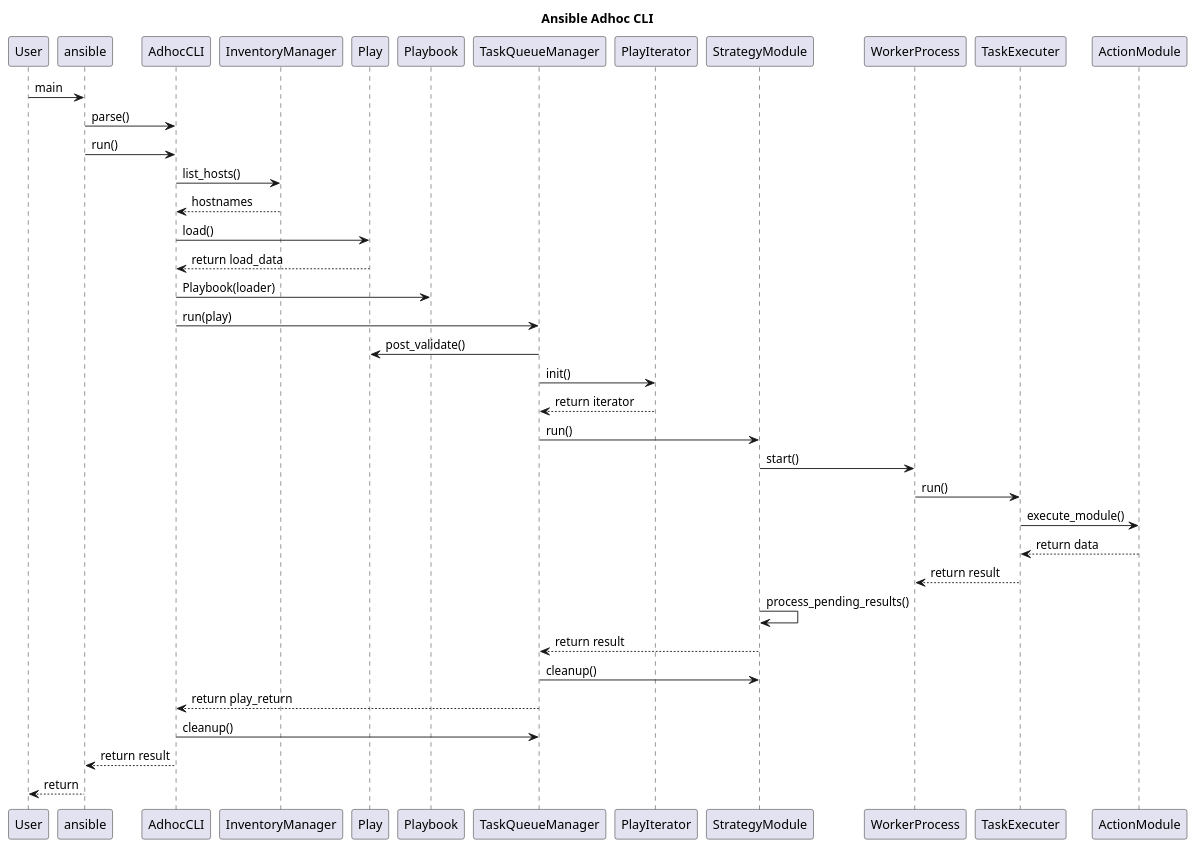
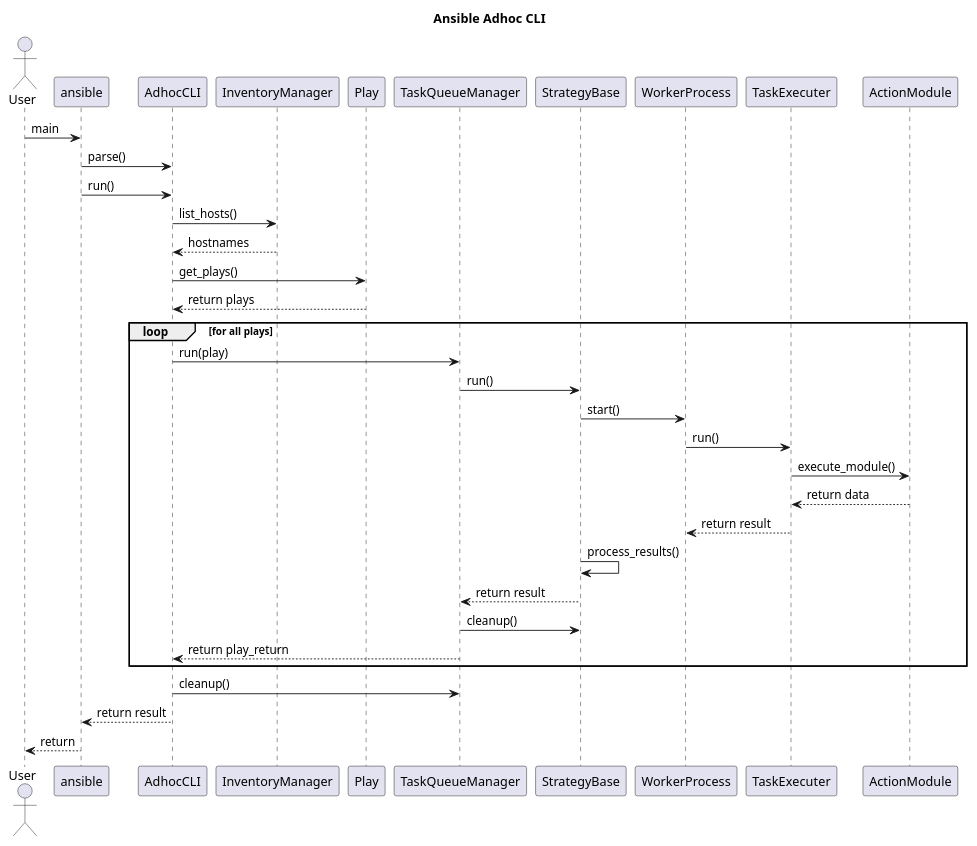
Before and after one commit to ezequiels/nazz: the diagram in project/uml/SequenceDiagram/AdhocCLI.puml, drawn with PlantUML. The commit also changed 3 other files, not shown here.

Commit message:
Updated sequence diagram

```diff
--- a/project/uml/SequenceDiagram/AdhocCLI.puml
+++ b/project/uml/SequenceDiagram/AdhocCLI.puml
@@ -1,31 +1,30 @@
 @startuml
 
 title Ansible Adhoc CLI
+actor User
 User->ansible: main
 ansible->AdhocCLI: parse()
 ansible->AdhocCLI: run()
 AdhocCLI->InventoryManager: list_hosts()
 InventoryManager-->AdhocCLI: hostnames
-AdhocCLI->Play: load()
-Play-->AdhocCLI: return load_data
-AdhocCLI->Playbook: Playbook(loader)
-AdhocCLI->TaskQueueManager:run(play)
-TaskQueueManager->Play: post_validate()
-TaskQueueManager->PlayIterator: init()
-PlayIterator-->TaskQueueManager: return iterator
-TaskQueueManager->StrategyModule: run()
-StrategyModule->WorkerProcess: start()
-WorkerProcess->TaskExecuter: run()
-TaskExecuter->ActionModule: execute_module()
-ActionModule-->TaskExecuter: return data
-TaskExecuter-->WorkerProcess: return result
-StrategyModule->StrategyModule:process_pending_results()
-StrategyModule-->TaskQueueManager: return result
-TaskQueueManager-> StrategyModule: cleanup()
-TaskQueueManager-->AdhocCLI: return play_return
+AdhocCLI->Play: get_plays()
+Play-->AdhocCLI: return plays
+loop for all plays
+    AdhocCLI->TaskQueueManager:run(play)
+    TaskQueueManager->StrategyBase: run()
+    StrategyBase->WorkerProcess: start()
+    WorkerProcess->TaskExecuter: run()
+    TaskExecuter->ActionModule: execute_module()
+    ActionModule-->TaskExecuter: return data
+    TaskExecuter-->WorkerProcess: return result
+    StrategyBase->StrategyBase:process_results()
+    StrategyBase-->TaskQueueManager: return result
+    TaskQueueManager-> StrategyBase: cleanup()
+    TaskQueueManager-->AdhocCLI: return play_return
+end
 AdhocCLI->TaskQueueManager: cleanup()
 AdhocCLI-->ansible: return result
 ansible-->User: return
 
 
 @enduml
```
